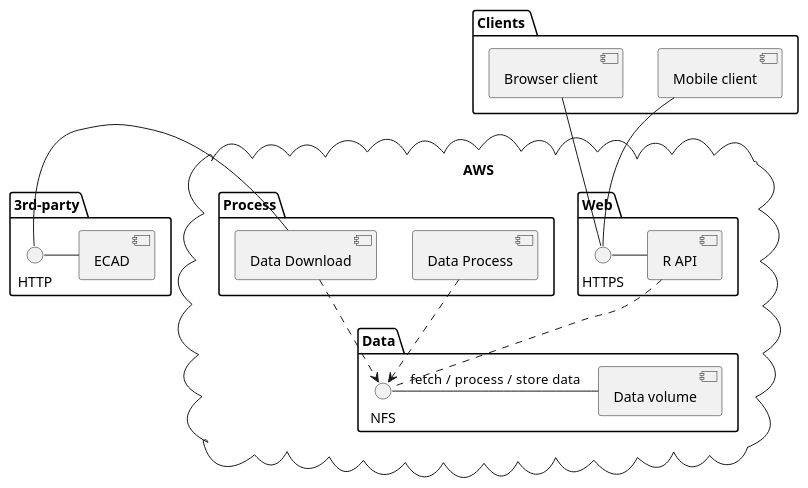
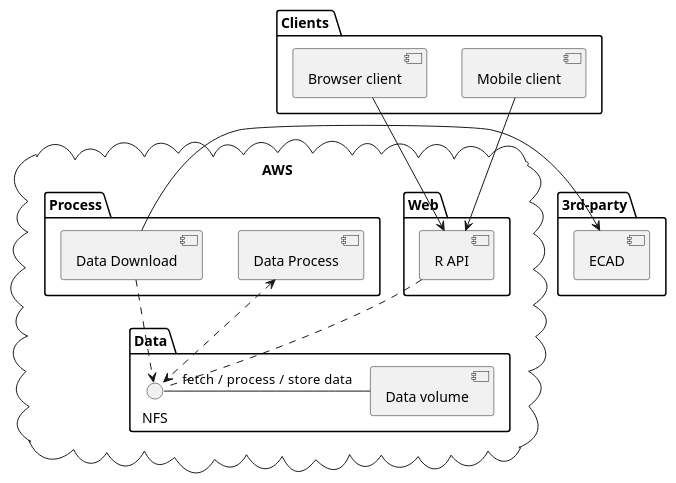
Before and after one commit to christosgkoros/will-it-rain-today: the diagram in uml/component-diagram.puml, drawn with PlantUML. The commit also changed 9 other files, not shown here.

```diff
--- a/uml/component-diagram.puml
+++ b/uml/component-diagram.puml
@@ -1,44 +1,42 @@
 @startuml
 
 
 
 package "Clients " {
 [Browser client]
 [Mobile client]
 }
 
 package "3rd-party" {
-HTTP - [ECAD]
+[ECAD]
 }
-
-
 
 cloud AWS {
 
 package "Web" {
-HTTPS - [R API]
-[Browser client] -- HTTPS
-[Mobile client] -- HTTPS
+[R API]
+[Browser client] --> [R API]
+[Mobile client] --> [R API]
 }
 
 package "Process" {
+[Data Download] -> ECAD
 [Data Process]
-[Data Download] - HTTP
 }
 
 package "Data" {
 NFS - [Data volume]: fetch  / process / store  data
 [R API] .. NFS
-[Data Process] ..> NFS
+[Data Process] <..> NFS
 [Data Download] ..> NFS
 }
 
 
 }
 
 
 
 
 
 
 @enduml
```
